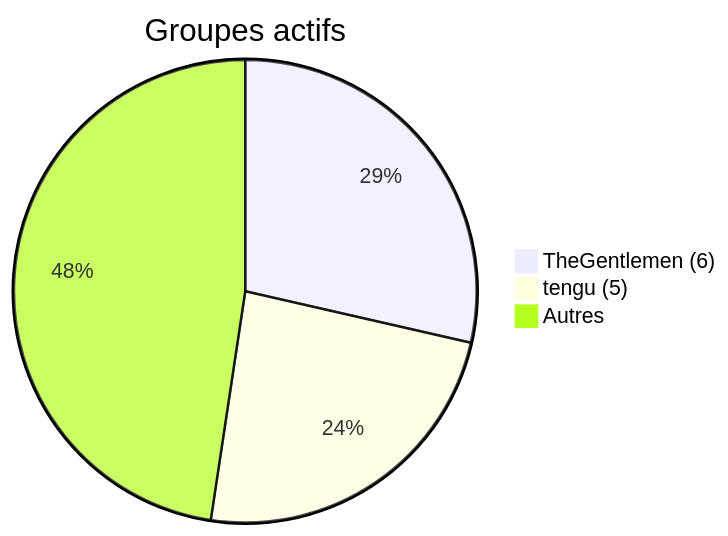
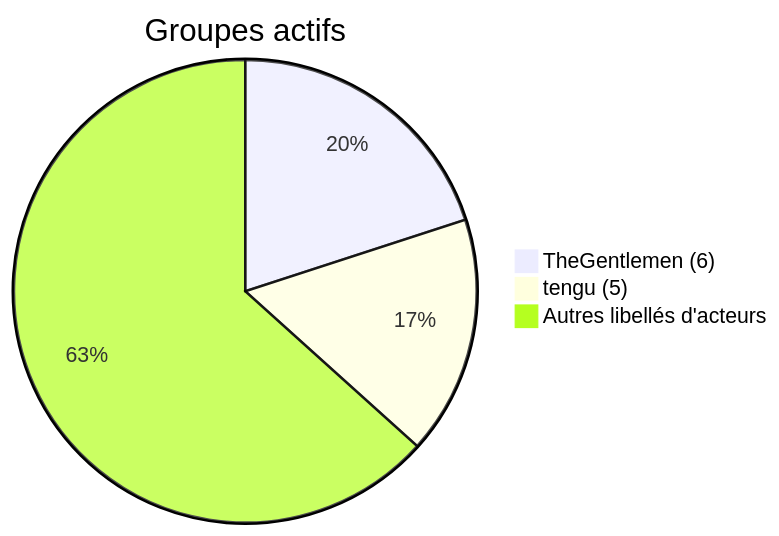
Before and after one commit to Hatchepsoute/AFRINTEL: the second of 4 diagrams in visual-intelligence/01-january/README_FR.md, drawn with Mermaid. The commit also changed other lines of this file and 120 other files, not shown here.

````diff
--- a/visual-intelligence/01-january/README_FR.md
+++ b/visual-intelligence/01-january/README_FR.md
@@ -17,7 +18,7 @@
 ```mermaid
 pie
 title Groupes actifs
 "TheGentlemen (6)" : 6
 "tengu (5)" : 5
-"Autres" : 10
+"Autres libellés d'acteurs" : 19
 ```
````
